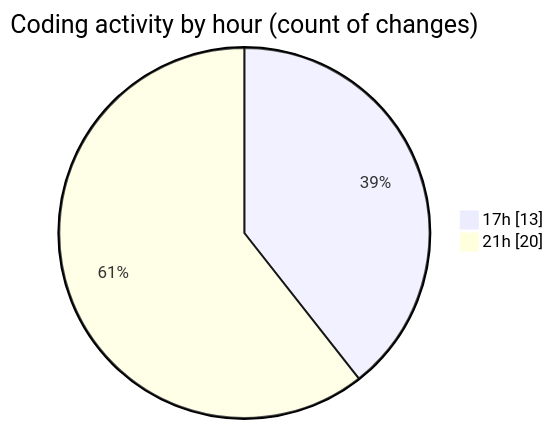
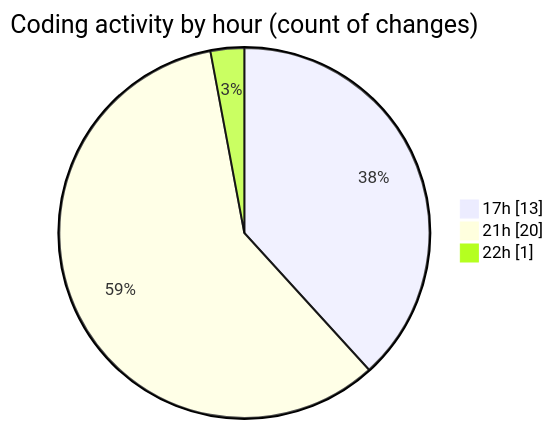
The second of 2 diagrams in 2026-07-03/researchlens/README.md (Unknowalive/code-tracking), drawn with Mermaid before and after one commit. The commit also changed other lines of this file and 1 other file, not shown here.

````diff
--- a/2026-07-03/researchlens/README.md
+++ b/2026-07-03/researchlens/README.md
@@ -45,6 +45,7 @@
 ```mermaid
 pie showData
 title Coding activity by hour (count of changes)
 "17h" : 13
 "21h" : 20
+"22h" : 1
 ```
````
